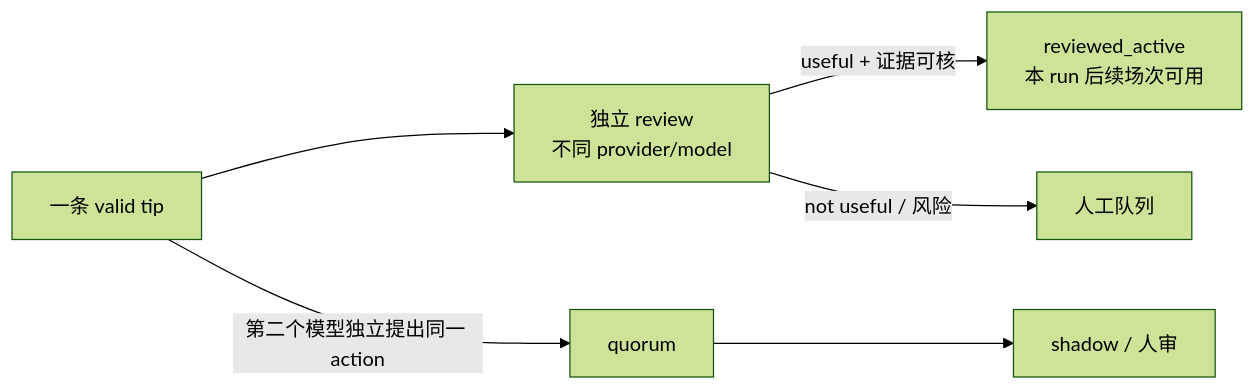
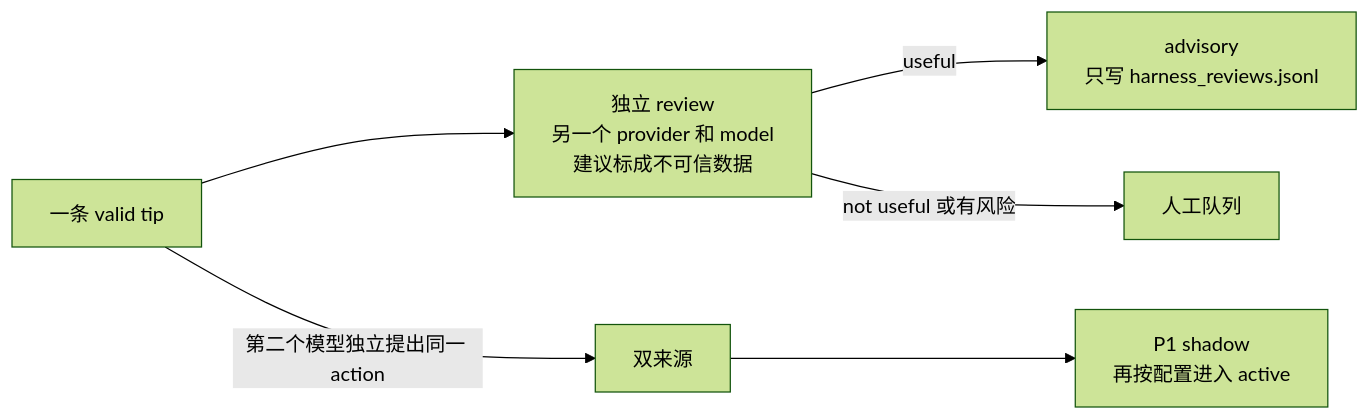
The sixth of 7 diagrams in docs/可信harness/架构与理论.md (kuafuwang/ShapeForge), drawn with Mermaid (forest theme) before and after one commit. The commit also changed other lines of this file and 41 other files, not shown here.

First line of the commit message:
docs: explain the live architecture with diagrams instead of jargon

````diff
--- a/docs/可信harness/架构与理论.md
+++ b/docs/可信harness/架构与理论.md
@@ -321,8 +333,8 @@
 ```mermaid
 flowchart LR
-  P["一条 valid tip"] --> R["独立 review<br/>不同 provider/model"]
-  R -->|"useful + 证据可核"| S["reviewed_active<br/>本 run 后续场次可用"]
-  R -->|"not useful / 风险"| H["人工队列"]
-  P -->|"第二个模型独立提出同一 action"| Q["quorum"]
-  Q --> S2["shadow / 人审"]
+  P["一条 valid tip"] --> R["独立 review<br/>另一个 provider 和 model<br/>建议标成不可信数据"]
+  R -->|"useful"| S["advisory<br/>只写 harness_reviews.jsonl"]
+  R -->|"not useful 或有风险"| H["人工队列"]
+  P -->|"第二个模型独立提出同一 action"| Q["双来源"]
+  Q --> S2["P1 shadow<br/>再按配置进入 active"]
 ```
````
